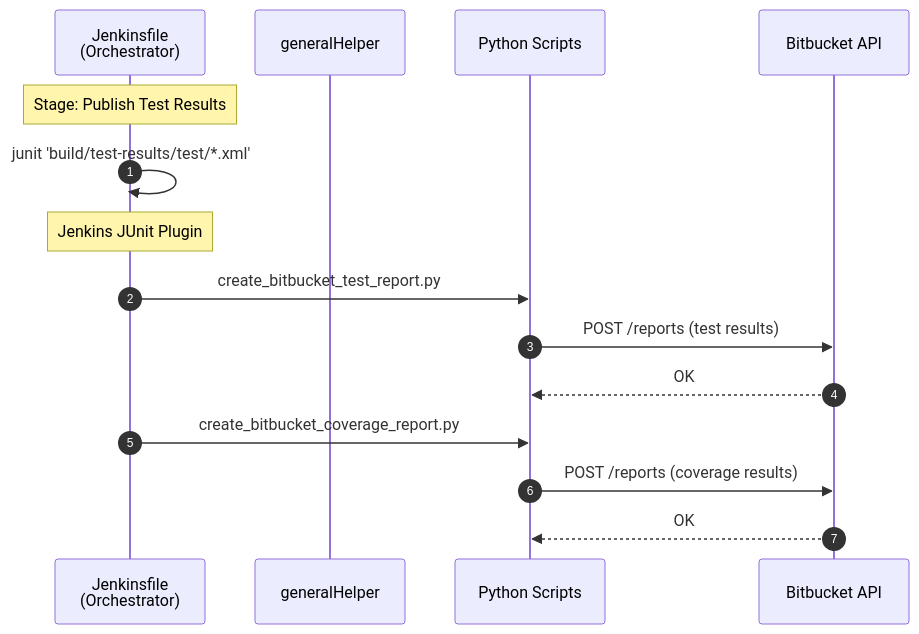
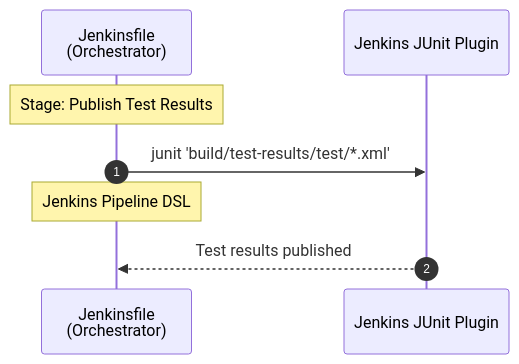
One commit to JindoKimKor/Self-Binnacle changed the sixth of 8 diagrams in Voyages/Projects/VARLab-work-transfer/portfolios/devops-jenkins-linux/4-layer-architecture-and-logger-system-integration/problem-analysis/pipeline-sequence-diagrams/jenkins-ci.md. Above: the diagram before and after it, drawn with Mermaid. The commit also changed other lines of this file and 55 other files, not shown here.

First line of the commit message:
refactor(4-layer-architecture): Standardize analysis document naming and format

````diff
--- a/Voyages/Projects/VARLab-work-transfer/portfolios/devops-jenkins-linux/4-layer-architecture-and-logger-system-integration/problem-analysis/pipeline-sequence-diagrams/jenkins-ci.md
+++ b/Voyages/Projects/VARLab-work-transfer/portfolios/devops-jenkins-linux/4-layer-architecture-and-logger-system-integration/problem-analysis/pipeline-sequence-diagrams/jenkins-ci.md
@@ -217,22 +251,13 @@
 ```mermaid
 sequenceDiagram
     autonumber
 
     participant JF as Jenkinsfile<br/>(Orchestrator)
-    participant GH as generalHelper
-    participant Python as Python Scripts
-    participant BB as Bitbucket API
+    participant Jenkins as Jenkins JUnit Plugin
 
     Note over JF: Stage: Publish Test Results
 
-    JF->>JF: junit 'build/test-results/test/*.xml'
-    Note over JF: Jenkins JUnit Plugin
-
-    JF->>Python: create_bitbucket_test_report.py
-    Python->>BB: POST /reports (test results)
-    BB-->>Python: OK
-
-    JF->>Python: create_bitbucket_coverage_report.py
-    Python->>BB: POST /reports (coverage results)
-    BB-->>Python: OK
+    JF->>Jenkins: junit 'build/test-results/test/*.xml'
+    Note over JF: Jenkins Pipeline DSL
+    Jenkins-->>JF: Test results published
 ```
````
